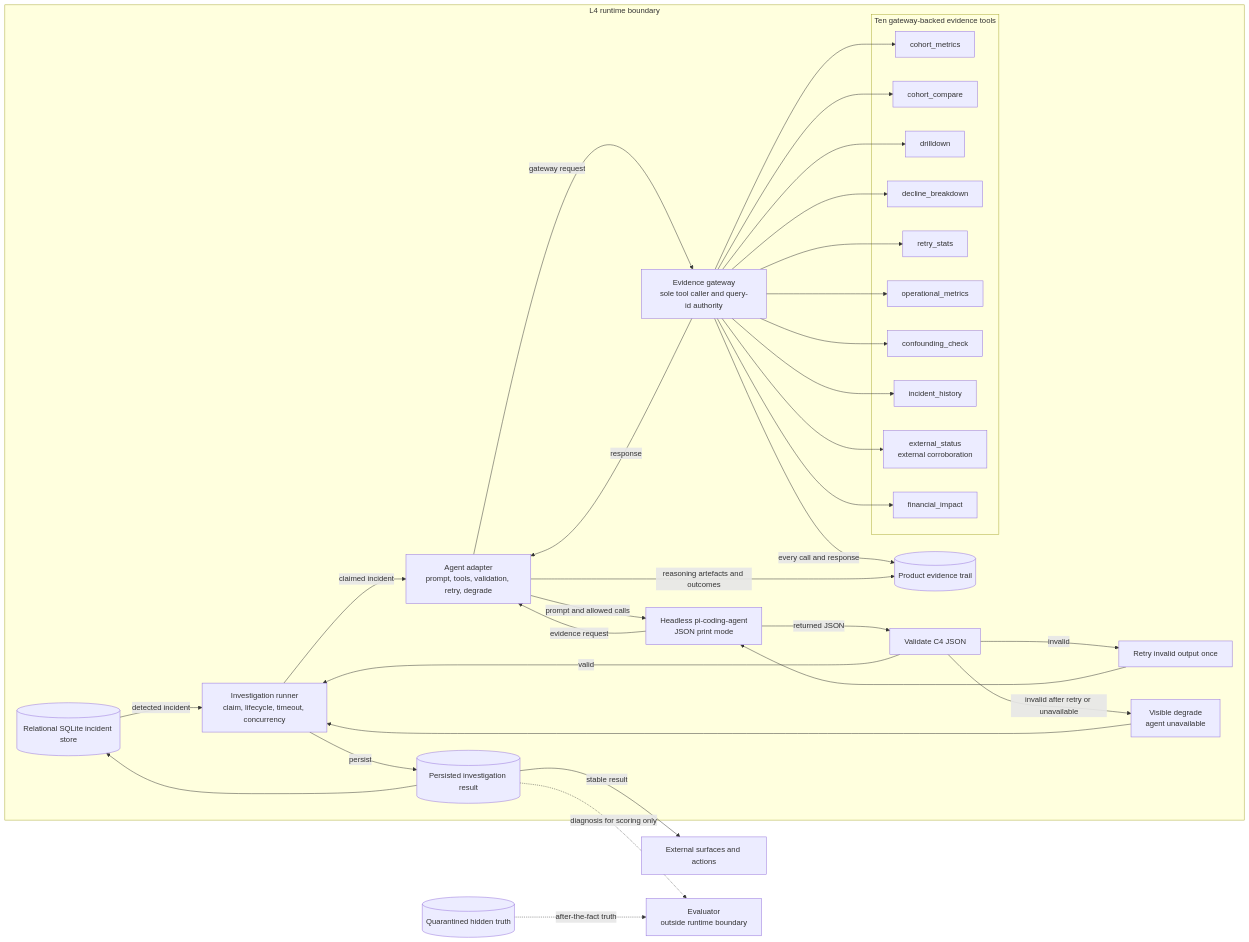
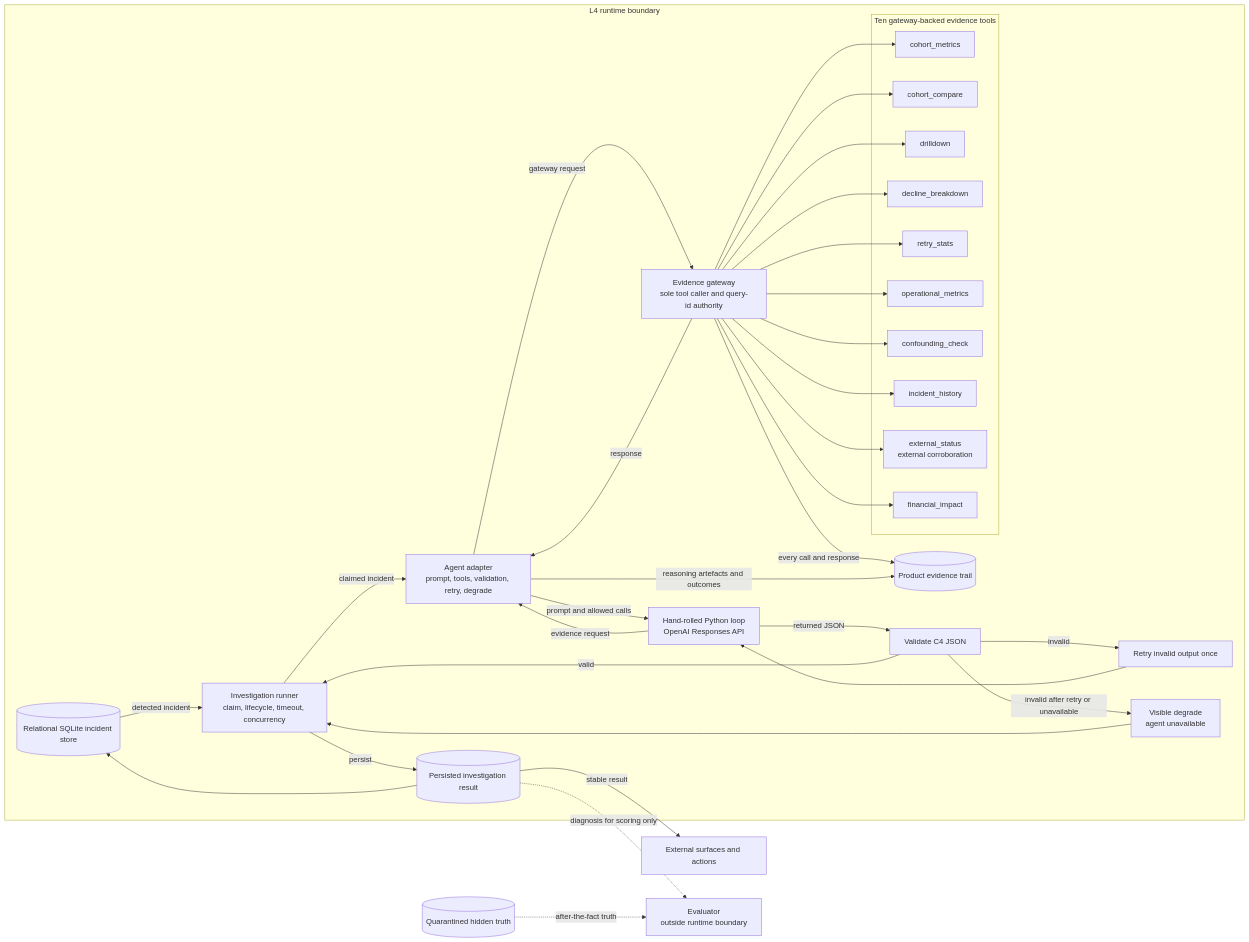
The diagram in docs/l4-investigation-prd.md (nextwave-2026/clearwave), drawn with Mermaid before and after one commit. The commit also changed other lines of this file and 3 other files, not shown here.

Commit message:
docs: record hand-rolled L4 runtime

````diff
--- a/docs/l4-investigation-prd.md
+++ b/docs/l4-investigation-prd.md
@@ -151,63 +151,63 @@
 ```mermaid
 flowchart LR
     subgraph Runtime["L4 runtime boundary"]
         IncidentStore[(Relational SQLite incident store)]
         Runner[Investigation runner<br/>claim, lifecycle, timeout, concurrency]
         Adapter[Agent adapter<br/>prompt, tools, validation, retry, degrade]
-        Agent[Headless pi-coding-agent<br/>JSON print mode]
+        Agent[Hand-rolled Python loop<br/>OpenAI Responses API]
         Gateway[Evidence gateway<br/>sole tool caller and query-id authority]
         Trail[(Product evidence trail)]
         Validate[Validate C4 JSON]
         Retry[Retry invalid output once]
         Degrade[Visible degrade<br/>agent unavailable]
         Persisted[(Persisted investigation result)]
 
         subgraph Tools["Ten gateway-backed evidence tools"]
             CohortMetrics[cohort_metrics]
             CohortCompare[cohort_compare]
             Drilldown[drilldown]
             Decline[decline_breakdown]
             RetryStats[retry_stats]
             Operational[operational_metrics]
             Confounding[confounding_check]
             History[incident_history]
             ExternalStatus[external_status<br/>external corroboration]
             Financial[financial_impact]
         end
 
         IncidentStore -->|detected incident| Runner
         Runner -->|claimed incident| Adapter
         Adapter -->|prompt and allowed calls| Agent
         Agent -->|evidence request| Adapter
         Adapter -->|gateway request| Gateway
         Gateway -->|response| Adapter
         Gateway --> CohortMetrics
         Gateway --> CohortCompare
         Gateway --> Drilldown
         Gateway --> Decline
         Gateway --> RetryStats
         Gateway --> Operational
         Gateway --> Confounding
         Gateway --> History
         Gateway --> ExternalStatus
         Gateway --> Financial
         Gateway -->|every call and response| Trail
         Adapter -->|reasoning artefacts and outcomes| Trail
         Agent -->|returned JSON| Validate
         Validate -->|valid| Runner
         Validate -->|invalid| Retry
         Retry --> Agent
         Validate -->|invalid after retry or unavailable| Degrade
         Degrade --> Runner
         Runner -->|persist| Persisted
         Persisted --> IncidentStore
     end
 
     Surfaces[External surfaces and actions]
     Persisted -->|stable result| Surfaces
 
     HiddenTruth[(Quarantined hidden truth)]
     Evaluator[Evaluator<br/>outside runtime boundary]
     HiddenTruth -. after-the-fact truth .-> Evaluator
     Persisted -. diagnosis for scoring only .-> Evaluator
 ```
````
